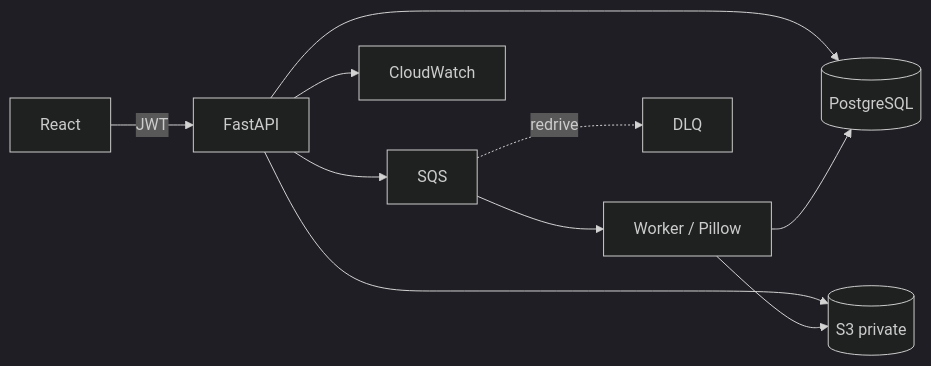
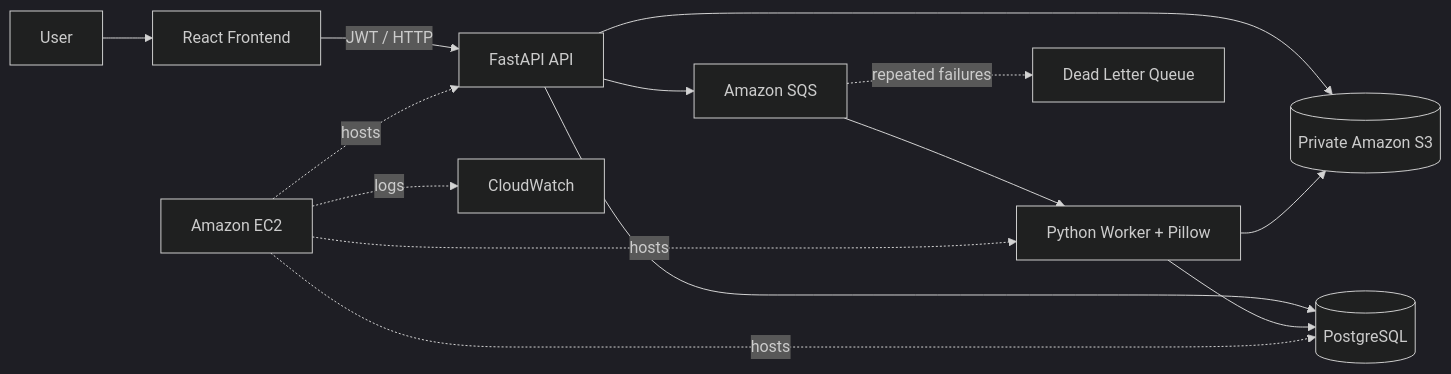
The diagram in README.md (manishkrmahato/CloudFlow), drawn with Mermaid (dark theme) before and after one commit. The commit also changed other lines of this file, not shown here.

````diff
--- a/README.md
+++ b/README.md
@@ -6,12 +150,24 @@
 ```mermaid
 flowchart LR
- U[React] -->|JWT| A[FastAPI]
- A --> DB[(PostgreSQL)]
- A --> S3[(S3 private)]
- A --> Q[SQS]
- Q --> W[Worker / Pillow]
- W --> DB
- W --> S3
- Q -. redrive .-> D[DLQ]
- A --> CW[CloudWatch]
+
+    U[User] --> F[React Frontend]
+
+    F -->|JWT / HTTP| A[FastAPI API]
+
+    A --> DB[(PostgreSQL)]
+    A --> S3[(Private Amazon S3)]
+    A --> Q[Amazon SQS]
+
+    Q --> W[Python Worker + Pillow]
+
+    W --> S3
+    W --> DB
+
+    Q -. repeated failures .-> DLQ[Dead Letter Queue]
+
+    EC2[Amazon EC2] -. hosts .-> A
+    EC2 -. hosts .-> W
+    EC2 -. hosts .-> DB
+
+    EC2 -. logs .-> CW[CloudWatch]
 ```
````
